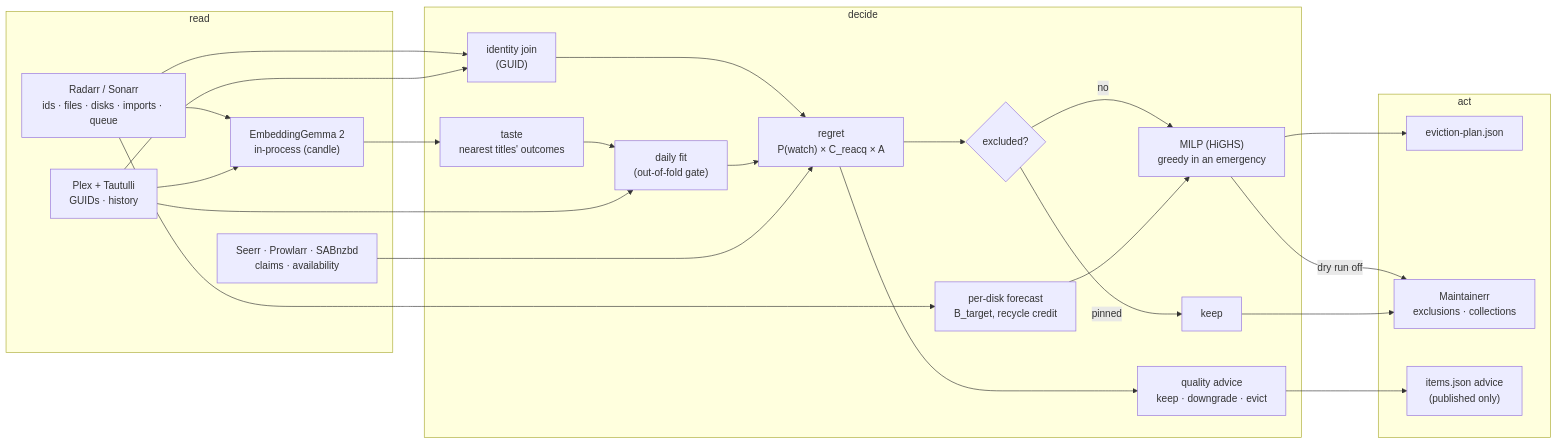
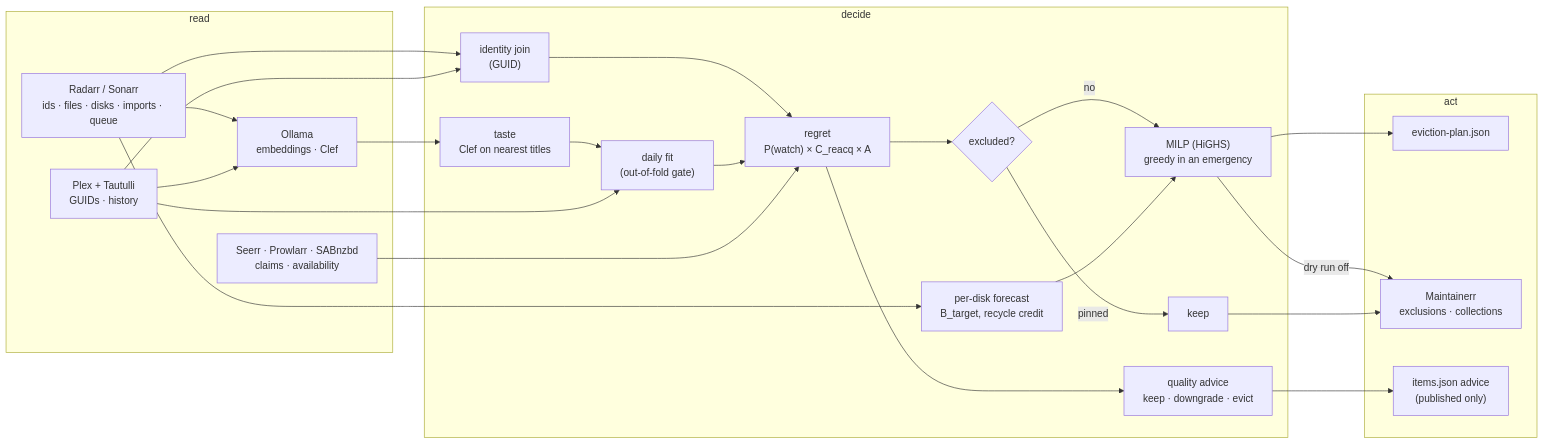
The diagram in docs/how-it-works.md (tobhoster/flinch), drawn with Mermaid before and after one commit. The commit also changed other lines of this file and 9 other files, not shown here.

First line of the commit message:
Settings, status and docs for Ollama vectors and the Clef taste judge

````diff
--- a/docs/how-it-works.md
+++ b/docs/how-it-works.md
@@ -1370,36 +1372,36 @@
 ```mermaid
 flowchart LR
     subgraph IN["read"]
         ARR["Radarr / Sonarr<br/>ids · files · disks · imports · queue"]
         PX["Plex + Tautulli<br/>GUIDs · history"]
         EXT["Seerr · Prowlarr · SABnzbd<br/>claims · availability"]
-        EMB["EmbeddingGemma 2<br/>in-process (candle)"]
+        EMB["Ollama<br/>embeddings · Clef"]
     end
     subgraph DECIDE["decide"]
         ID["identity join<br/>(GUID)"] --> REG["regret<br/>P(watch) × C_reacq × A"]
         REG --> EXC{"excluded?"}
         EXC -->|no| PLAN["MILP (HiGHS)<br/>greedy in an emergency"]
         EXC -->|pinned| KEEP["keep"]
         CAP["per-disk forecast<br/>B_target, recycle credit"] --> PLAN
         FIT["daily fit<br/>(out-of-fold gate)"] --> REG
-        TASTE["taste<br/>nearest titles' outcomes"] --> FIT
+        TASTE["taste<br/>Clef on nearest titles"] --> FIT
         REG --> QA["quality advice<br/>keep · downgrade · evict"]
     end
     subgraph OUT["act"]
         EP["eviction-plan.json"]
         MX["Maintainerr<br/>exclusions · collections"]
         QA_OUT["items.json advice<br/>(published only)"]
     end
     ARR --> ID
     PX --> ID
     PX --> FIT
     EXT --> REG
     ARR --> EMB
     PX --> EMB
     EMB --> TASTE
     ARR --> CAP
     PLAN --> EP
     PLAN -->|dry run off| MX
     KEEP --> MX
     QA --> QA_OUT
 ```
````
